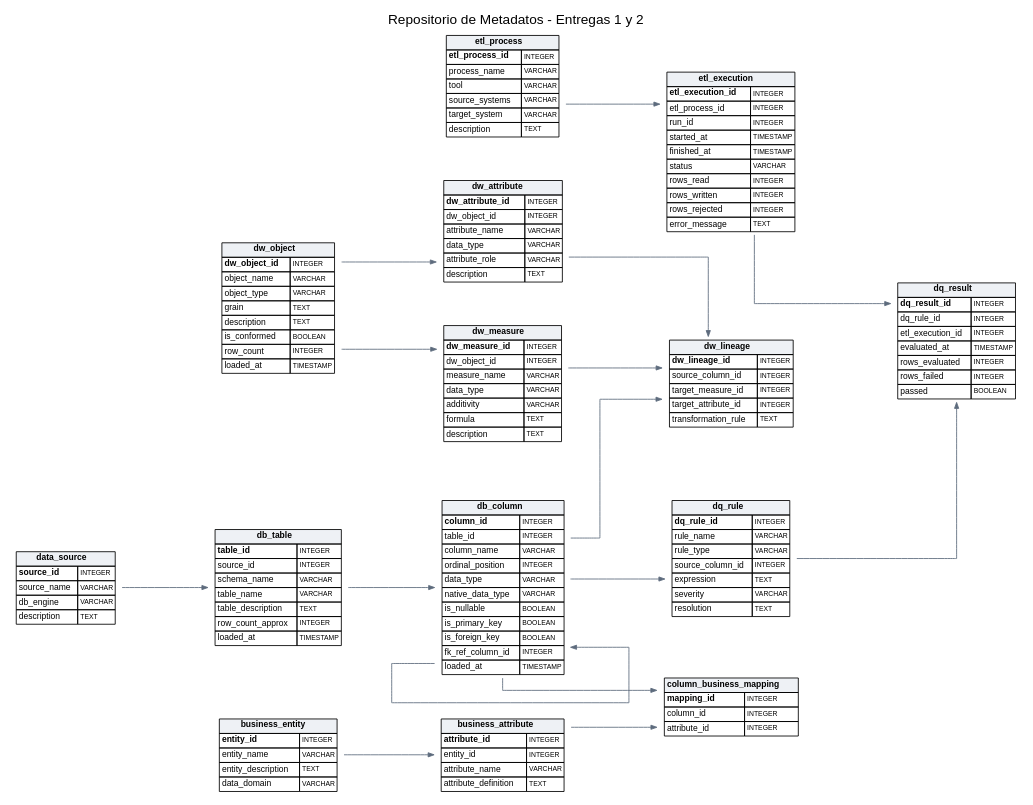
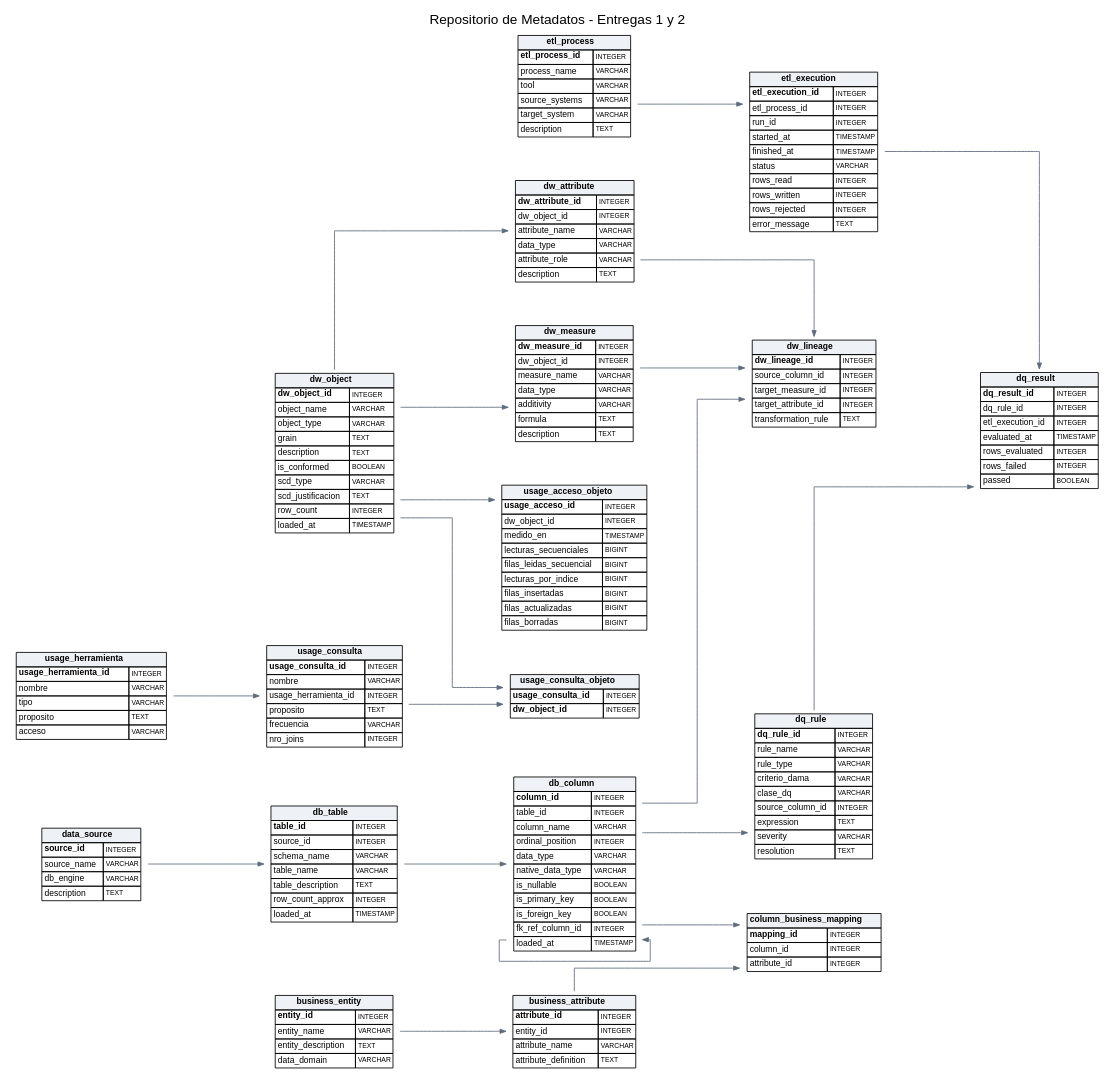
Before and after one commit to salo368/proyecto-modelos-datos: the diagram in docs/Entrega_2/img/repositorio_metadatos.dot, drawn with Graphviz. The commit also changed 17 other files, not shown here.

```diff
--- a/docs/Entrega_2/img/repositorio_metadatos.dot
+++ b/docs/Entrega_2/img/repositorio_metadatos.dot
@@ -9,13 +9,17 @@
     db_column [label=<<TABLE BORDER="0" CELLBORDER="1" CELLSPACING="0"><TR><TD COLSPAN="2" BGCOLOR="#eef1f5"><B>db_column</B></TD></TR><TR><TD ALIGN="LEFT"><B>column_id</B></TD><TD ALIGN="LEFT"><FONT POINT-SIZE="8">INTEGER</FONT></TD></TR><TR><TD ALIGN="LEFT">table_id</TD><TD ALIGN="LEFT"><FONT POINT-SIZE="8">INTEGER</FONT></TD></TR><TR><TD ALIGN="LEFT">column_name</TD><TD ALIGN="LEFT"><FONT POINT-SIZE="8">VARCHAR</FONT></TD></TR><TR><TD ALIGN="LEFT">ordinal_position</TD><TD ALIGN="LEFT"><FONT POINT-SIZE="8">INTEGER</FONT></TD></TR><TR><TD ALIGN="LEFT">data_type</TD><TD ALIGN="LEFT"><FONT POINT-SIZE="8">VARCHAR</FONT></TD></TR><TR><TD ALIGN="LEFT">native_data_type</TD><TD ALIGN="LEFT"><FONT POINT-SIZE="8">VARCHAR</FONT></TD></TR><TR><TD ALIGN="LEFT">is_nullable</TD><TD ALIGN="LEFT"><FONT POINT-SIZE="8">BOOLEAN</FONT></TD></TR><TR><TD ALIGN="LEFT">is_primary_key</TD><TD ALIGN="LEFT"><FONT POINT-SIZE="8">BOOLEAN</FONT></TD></TR><TR><TD ALIGN="LEFT">is_foreign_key</TD><TD ALIGN="LEFT"><FONT POINT-SIZE="8">BOOLEAN</FONT></TD></TR><TR><TD ALIGN="LEFT">fk_ref_column_id</TD><TD ALIGN="LEFT"><FONT POINT-SIZE="8">INTEGER</FONT></TD></TR><TR><TD ALIGN="LEFT">loaded_at</TD><TD ALIGN="LEFT"><FONT POINT-SIZE="8">TIMESTAMP</FONT></TD></TR></TABLE>>];
     db_table [label=<<TABLE BORDER="0" CELLBORDER="1" CELLSPACING="0"><TR><TD COLSPAN="2" BGCOLOR="#eef1f5"><B>db_table</B></TD></TR><TR><TD ALIGN="LEFT"><B>table_id</B></TD><TD ALIGN="LEFT"><FONT POINT-SIZE="8">INTEGER</FONT></TD></TR><TR><TD ALIGN="LEFT">source_id</TD><TD ALIGN="LEFT"><FONT POINT-SIZE="8">INTEGER</FONT></TD></TR><TR><TD ALIGN="LEFT">schema_name</TD><TD ALIGN="LEFT"><FONT POINT-SIZE="8">VARCHAR</FONT></TD></TR><TR><TD ALIGN="LEFT">table_name</TD><TD ALIGN="LEFT"><FONT POINT-SIZE="8">VARCHAR</FONT></TD></TR><TR><TD ALIGN="LEFT">table_description</TD><TD ALIGN="LEFT"><FONT POINT-SIZE="8">TEXT</FONT></TD></TR><TR><TD ALIGN="LEFT">row_count_approx</TD><TD ALIGN="LEFT"><FONT POINT-SIZE="8">INTEGER</FONT></TD></TR><TR><TD ALIGN="LEFT">loaded_at</TD><TD ALIGN="LEFT"><FONT POINT-SIZE="8">TIMESTAMP</FONT></TD></TR></TABLE>>];
     dq_result [label=<<TABLE BORDER="0" CELLBORDER="1" CELLSPACING="0"><TR><TD COLSPAN="2" BGCOLOR="#eef1f5"><B>dq_result</B></TD></TR><TR><TD ALIGN="LEFT"><B>dq_result_id</B></TD><TD ALIGN="LEFT"><FONT POINT-SIZE="8">INTEGER</FONT></TD></TR><TR><TD ALIGN="LEFT">dq_rule_id</TD><TD ALIGN="LEFT"><FONT POINT-SIZE="8">INTEGER</FONT></TD></TR><TR><TD ALIGN="LEFT">etl_execution_id</TD><TD ALIGN="LEFT"><FONT POINT-SIZE="8">INTEGER</FONT></TD></TR><TR><TD ALIGN="LEFT">evaluated_at</TD><TD ALIGN="LEFT"><FONT POINT-SIZE="8">TIMESTAMP</FONT></TD></TR><TR><TD ALIGN="LEFT">rows_evaluated</TD><TD ALIGN="LEFT"><FONT POINT-SIZE="8">INTEGER</FONT></TD></TR><TR><TD ALIGN="LEFT">rows_failed</TD><TD ALIGN="LEFT"><FONT POINT-SIZE="8">INTEGER</FONT></TD></TR><TR><TD ALIGN="LEFT">passed</TD><TD ALIGN="LEFT"><FONT POINT-SIZE="8">BOOLEAN</FONT></TD></TR></TABLE>>];
-    dq_rule [label=<<TABLE BORDER="0" CELLBORDER="1" CELLSPACING="0"><TR><TD COLSPAN="2" BGCOLOR="#eef1f5"><B>dq_rule</B></TD></TR><TR><TD ALIGN="LEFT"><B>dq_rule_id</B></TD><TD ALIGN="LEFT"><FONT POINT-SIZE="8">INTEGER</FONT></TD></TR><TR><TD ALIGN="LEFT">rule_name</TD><TD ALIGN="LEFT"><FONT POINT-SIZE="8">VARCHAR</FONT></TD></TR><TR><TD ALIGN="LEFT">rule_type</TD><TD ALIGN="LEFT"><FONT POINT-SIZE="8">VARCHAR</FONT></TD></TR><TR><TD ALIGN="LEFT">source_column_id</TD><TD ALIGN="LEFT"><FONT POINT-SIZE="8">INTEGER</FONT></TD></TR><TR><TD ALIGN="LEFT">expression</TD><TD ALIGN="LEFT"><FONT POINT-SIZE="8">TEXT</FONT></TD></TR><TR><TD ALIGN="LEFT">severity</TD><TD ALIGN="LEFT"><FONT POINT-SIZE="8">VARCHAR</FONT></TD></TR><TR><TD ALIGN="LEFT">resolution</TD><TD ALIGN="LEFT"><FONT POINT-SIZE="8">TEXT</FONT></TD></TR></TABLE>>];
+    dq_rule [label=<<TABLE BORDER="0" CELLBORDER="1" CELLSPACING="0"><TR><TD COLSPAN="2" BGCOLOR="#eef1f5"><B>dq_rule</B></TD></TR><TR><TD ALIGN="LEFT"><B>dq_rule_id</B></TD><TD ALIGN="LEFT"><FONT POINT-SIZE="8">INTEGER</FONT></TD></TR><TR><TD ALIGN="LEFT">rule_name</TD><TD ALIGN="LEFT"><FONT POINT-SIZE="8">VARCHAR</FONT></TD></TR><TR><TD ALIGN="LEFT">rule_type</TD><TD ALIGN="LEFT"><FONT POINT-SIZE="8">VARCHAR</FONT></TD></TR><TR><TD ALIGN="LEFT">criterio_dama</TD><TD ALIGN="LEFT"><FONT POINT-SIZE="8">VARCHAR</FONT></TD></TR><TR><TD ALIGN="LEFT">clase_dq</TD><TD ALIGN="LEFT"><FONT POINT-SIZE="8">VARCHAR</FONT></TD></TR><TR><TD ALIGN="LEFT">source_column_id</TD><TD ALIGN="LEFT"><FONT POINT-SIZE="8">INTEGER</FONT></TD></TR><TR><TD ALIGN="LEFT">expression</TD><TD ALIGN="LEFT"><FONT POINT-SIZE="8">TEXT</FONT></TD></TR><TR><TD ALIGN="LEFT">severity</TD><TD ALIGN="LEFT"><FONT POINT-SIZE="8">VARCHAR</FONT></TD></TR><TR><TD ALIGN="LEFT">resolution</TD><TD ALIGN="LEFT"><FONT POINT-SIZE="8">TEXT</FONT></TD></TR></TABLE>>];
     dw_attribute [label=<<TABLE BORDER="0" CELLBORDER="1" CELLSPACING="0"><TR><TD COLSPAN="2" BGCOLOR="#eef1f5"><B>dw_attribute</B></TD></TR><TR><TD ALIGN="LEFT"><B>dw_attribute_id</B></TD><TD ALIGN="LEFT"><FONT POINT-SIZE="8">INTEGER</FONT></TD></TR><TR><TD ALIGN="LEFT">dw_object_id</TD><TD ALIGN="LEFT"><FONT POINT-SIZE="8">INTEGER</FONT></TD></TR><TR><TD ALIGN="LEFT">attribute_name</TD><TD ALIGN="LEFT"><FONT POINT-SIZE="8">VARCHAR</FONT></TD></TR><TR><TD ALIGN="LEFT">data_type</TD><TD ALIGN="LEFT"><FONT POINT-SIZE="8">VARCHAR</FONT></TD></TR><TR><TD ALIGN="LEFT">attribute_role</TD><TD ALIGN="LEFT"><FONT POINT-SIZE="8">VARCHAR</FONT></TD></TR><TR><TD ALIGN="LEFT">description</TD><TD ALIGN="LEFT"><FONT POINT-SIZE="8">TEXT</FONT></TD></TR></TABLE>>];
     dw_lineage [label=<<TABLE BORDER="0" CELLBORDER="1" CELLSPACING="0"><TR><TD COLSPAN="2" BGCOLOR="#eef1f5"><B>dw_lineage</B></TD></TR><TR><TD ALIGN="LEFT"><B>dw_lineage_id</B></TD><TD ALIGN="LEFT"><FONT POINT-SIZE="8">INTEGER</FONT></TD></TR><TR><TD ALIGN="LEFT">source_column_id</TD><TD ALIGN="LEFT"><FONT POINT-SIZE="8">INTEGER</FONT></TD></TR><TR><TD ALIGN="LEFT">target_measure_id</TD><TD ALIGN="LEFT"><FONT POINT-SIZE="8">INTEGER</FONT></TD></TR><TR><TD ALIGN="LEFT">target_attribute_id</TD><TD ALIGN="LEFT"><FONT POINT-SIZE="8">INTEGER</FONT></TD></TR><TR><TD ALIGN="LEFT">transformation_rule</TD><TD ALIGN="LEFT"><FONT POINT-SIZE="8">TEXT</FONT></TD></TR></TABLE>>];
     dw_measure [label=<<TABLE BORDER="0" CELLBORDER="1" CELLSPACING="0"><TR><TD COLSPAN="2" BGCOLOR="#eef1f5"><B>dw_measure</B></TD></TR><TR><TD ALIGN="LEFT"><B>dw_measure_id</B></TD><TD ALIGN="LEFT"><FONT POINT-SIZE="8">INTEGER</FONT></TD></TR><TR><TD ALIGN="LEFT">dw_object_id</TD><TD ALIGN="LEFT"><FONT POINT-SIZE="8">INTEGER</FONT></TD></TR><TR><TD ALIGN="LEFT">measure_name</TD><TD ALIGN="LEFT"><FONT POINT-SIZE="8">VARCHAR</FONT></TD></TR><TR><TD ALIGN="LEFT">data_type</TD><TD ALIGN="LEFT"><FONT POINT-SIZE="8">VARCHAR</FONT></TD></TR><TR><TD ALIGN="LEFT">additivity</TD><TD ALIGN="LEFT"><FONT POINT-SIZE="8">VARCHAR</FONT></TD></TR><TR><TD ALIGN="LEFT">formula</TD><TD ALIGN="LEFT"><FONT POINT-SIZE="8">TEXT</FONT></TD></TR><TR><TD ALIGN="LEFT">description</TD><TD ALIGN="LEFT"><FONT POINT-SIZE="8">TEXT</FONT></TD></TR></TABLE>>];
-    dw_object [label=<<TABLE BORDER="0" CELLBORDER="1" CELLSPACING="0"><TR><TD COLSPAN="2" BGCOLOR="#eef1f5"><B>dw_object</B></TD></TR><TR><TD ALIGN="LEFT"><B>dw_object_id</B></TD><TD ALIGN="LEFT"><FONT POINT-SIZE="8">INTEGER</FONT></TD></TR><TR><TD ALIGN="LEFT">object_name</TD><TD ALIGN="LEFT"><FONT POINT-SIZE="8">VARCHAR</FONT></TD></TR><TR><TD ALIGN="LEFT">object_type</TD><TD ALIGN="LEFT"><FONT POINT-SIZE="8">VARCHAR</FONT></TD></TR><TR><TD ALIGN="LEFT">grain</TD><TD ALIGN="LEFT"><FONT POINT-SIZE="8">TEXT</FONT></TD></TR><TR><TD ALIGN="LEFT">description</TD><TD ALIGN="LEFT"><FONT POINT-SIZE="8">TEXT</FONT></TD></TR><TR><TD ALIGN="LEFT">is_conformed</TD><TD ALIGN="LEFT"><FONT POINT-SIZE="8">BOOLEAN</FONT></TD></TR><TR><TD ALIGN="LEFT">row_count</TD><TD ALIGN="LEFT"><FONT POINT-SIZE="8">INTEGER</FONT></TD></TR><TR><TD ALIGN="LEFT">loaded_at</TD><TD ALIGN="LEFT"><FONT POINT-SIZE="8">TIMESTAMP</FONT></TD></TR></TABLE>>];
+    dw_object [label=<<TABLE BORDER="0" CELLBORDER="1" CELLSPACING="0"><TR><TD COLSPAN="2" BGCOLOR="#eef1f5"><B>dw_object</B></TD></TR><TR><TD ALIGN="LEFT"><B>dw_object_id</B></TD><TD ALIGN="LEFT"><FONT POINT-SIZE="8">INTEGER</FONT></TD></TR><TR><TD ALIGN="LEFT">object_name</TD><TD ALIGN="LEFT"><FONT POINT-SIZE="8">VARCHAR</FONT></TD></TR><TR><TD ALIGN="LEFT">object_type</TD><TD ALIGN="LEFT"><FONT POINT-SIZE="8">VARCHAR</FONT></TD></TR><TR><TD ALIGN="LEFT">grain</TD><TD ALIGN="LEFT"><FONT POINT-SIZE="8">TEXT</FONT></TD></TR><TR><TD ALIGN="LEFT">description</TD><TD ALIGN="LEFT"><FONT POINT-SIZE="8">TEXT</FONT></TD></TR><TR><TD ALIGN="LEFT">is_conformed</TD><TD ALIGN="LEFT"><FONT POINT-SIZE="8">BOOLEAN</FONT></TD></TR><TR><TD ALIGN="LEFT">scd_type</TD><TD ALIGN="LEFT"><FONT POINT-SIZE="8">VARCHAR</FONT></TD></TR><TR><TD ALIGN="LEFT">scd_justificacion</TD><TD ALIGN="LEFT"><FONT POINT-SIZE="8">TEXT</FONT></TD></TR><TR><TD ALIGN="LEFT">row_count</TD><TD ALIGN="LEFT"><FONT POINT-SIZE="8">INTEGER</FONT></TD></TR><TR><TD ALIGN="LEFT">loaded_at</TD><TD ALIGN="LEFT"><FONT POINT-SIZE="8">TIMESTAMP</FONT></TD></TR></TABLE>>];
     etl_execution [label=<<TABLE BORDER="0" CELLBORDER="1" CELLSPACING="0"><TR><TD COLSPAN="2" BGCOLOR="#eef1f5"><B>etl_execution</B></TD></TR><TR><TD ALIGN="LEFT"><B>etl_execution_id</B></TD><TD ALIGN="LEFT"><FONT POINT-SIZE="8">INTEGER</FONT></TD></TR><TR><TD ALIGN="LEFT">etl_process_id</TD><TD ALIGN="LEFT"><FONT POINT-SIZE="8">INTEGER</FONT></TD></TR><TR><TD ALIGN="LEFT">run_id</TD><TD ALIGN="LEFT"><FONT POINT-SIZE="8">INTEGER</FONT></TD></TR><TR><TD ALIGN="LEFT">started_at</TD><TD ALIGN="LEFT"><FONT POINT-SIZE="8">TIMESTAMP</FONT></TD></TR><TR><TD ALIGN="LEFT">finished_at</TD><TD ALIGN="LEFT"><FONT POINT-SIZE="8">TIMESTAMP</FONT></TD></TR><TR><TD ALIGN="LEFT">status</TD><TD ALIGN="LEFT"><FONT POINT-SIZE="8">VARCHAR</FONT></TD></TR><TR><TD ALIGN="LEFT">rows_read</TD><TD ALIGN="LEFT"><FONT POINT-SIZE="8">INTEGER</FONT></TD></TR><TR><TD ALIGN="LEFT">rows_written</TD><TD ALIGN="LEFT"><FONT POINT-SIZE="8">INTEGER</FONT></TD></TR><TR><TD ALIGN="LEFT">rows_rejected</TD><TD ALIGN="LEFT"><FONT POINT-SIZE="8">INTEGER</FONT></TD></TR><TR><TD ALIGN="LEFT">error_message</TD><TD ALIGN="LEFT"><FONT POINT-SIZE="8">TEXT</FONT></TD></TR></TABLE>>];
     etl_process [label=<<TABLE BORDER="0" CELLBORDER="1" CELLSPACING="0"><TR><TD COLSPAN="2" BGCOLOR="#eef1f5"><B>etl_process</B></TD></TR><TR><TD ALIGN="LEFT"><B>etl_process_id</B></TD><TD ALIGN="LEFT"><FONT POINT-SIZE="8">INTEGER</FONT></TD></TR><TR><TD ALIGN="LEFT">process_name</TD><TD ALIGN="LEFT"><FONT POINT-SIZE="8">VARCHAR</FONT></TD></TR><TR><TD ALIGN="LEFT">tool</TD><TD ALIGN="LEFT"><FONT POINT-SIZE="8">VARCHAR</FONT></TD></TR><TR><TD ALIGN="LEFT">source_systems</TD><TD ALIGN="LEFT"><FONT POINT-SIZE="8">VARCHAR</FONT></TD></TR><TR><TD ALIGN="LEFT">target_system</TD><TD ALIGN="LEFT"><FONT POINT-SIZE="8">VARCHAR</FONT></TD></TR><TR><TD ALIGN="LEFT">description</TD><TD ALIGN="LEFT"><FONT POINT-SIZE="8">TEXT</FONT></TD></TR></TABLE>>];
+    usage_acceso_objeto [label=<<TABLE BORDER="0" CELLBORDER="1" CELLSPACING="0"><TR><TD COLSPAN="2" BGCOLOR="#eef1f5"><B>usage_acceso_objeto</B></TD></TR><TR><TD ALIGN="LEFT"><B>usage_acceso_id</B></TD><TD ALIGN="LEFT"><FONT POINT-SIZE="8">INTEGER</FONT></TD></TR><TR><TD ALIGN="LEFT">dw_object_id</TD><TD ALIGN="LEFT"><FONT POINT-SIZE="8">INTEGER</FONT></TD></TR><TR><TD ALIGN="LEFT">medido_en</TD><TD ALIGN="LEFT"><FONT POINT-SIZE="8">TIMESTAMP</FONT></TD></TR><TR><TD ALIGN="LEFT">lecturas_secuenciales</TD><TD ALIGN="LEFT"><FONT POINT-SIZE="8">BIGINT</FONT></TD></TR><TR><TD ALIGN="LEFT">filas_leidas_secuencial</TD><TD ALIGN="LEFT"><FONT POINT-SIZE="8">BIGINT</FONT></TD></TR><TR><TD ALIGN="LEFT">lecturas_por_indice</TD><TD ALIGN="LEFT"><FONT POINT-SIZE="8">BIGINT</FONT></TD></TR><TR><TD ALIGN="LEFT">filas_insertadas</TD><TD ALIGN="LEFT"><FONT POINT-SIZE="8">BIGINT</FONT></TD></TR><TR><TD ALIGN="LEFT">filas_actualizadas</TD><TD ALIGN="LEFT"><FONT POINT-SIZE="8">BIGINT</FONT></TD></TR><TR><TD ALIGN="LEFT">filas_borradas</TD><TD ALIGN="LEFT"><FONT POINT-SIZE="8">BIGINT</FONT></TD></TR></TABLE>>];
+    usage_consulta [label=<<TABLE BORDER="0" CELLBORDER="1" CELLSPACING="0"><TR><TD COLSPAN="2" BGCOLOR="#eef1f5"><B>usage_consulta</B></TD></TR><TR><TD ALIGN="LEFT"><B>usage_consulta_id</B></TD><TD ALIGN="LEFT"><FONT POINT-SIZE="8">INTEGER</FONT></TD></TR><TR><TD ALIGN="LEFT">nombre</TD><TD ALIGN="LEFT"><FONT POINT-SIZE="8">VARCHAR</FONT></TD></TR><TR><TD ALIGN="LEFT">usage_herramienta_id</TD><TD ALIGN="LEFT"><FONT POINT-SIZE="8">INTEGER</FONT></TD></TR><TR><TD ALIGN="LEFT">proposito</TD><TD ALIGN="LEFT"><FONT POINT-SIZE="8">TEXT</FONT></TD></TR><TR><TD ALIGN="LEFT">frecuencia</TD><TD ALIGN="LEFT"><FONT POINT-SIZE="8">VARCHAR</FONT></TD></TR><TR><TD ALIGN="LEFT">nro_joins</TD><TD ALIGN="LEFT"><FONT POINT-SIZE="8">INTEGER</FONT></TD></TR></TABLE>>];
+    usage_consulta_objeto [label=<<TABLE BORDER="0" CELLBORDER="1" CELLSPACING="0"><TR><TD COLSPAN="2" BGCOLOR="#eef1f5"><B>usage_consulta_objeto</B></TD></TR><TR><TD ALIGN="LEFT"><B>usage_consulta_id</B></TD><TD ALIGN="LEFT"><FONT POINT-SIZE="8">INTEGER</FONT></TD></TR><TR><TD ALIGN="LEFT"><B>dw_object_id</B></TD><TD ALIGN="LEFT"><FONT POINT-SIZE="8">INTEGER</FONT></TD></TR></TABLE>>];
+    usage_herramienta [label=<<TABLE BORDER="0" CELLBORDER="1" CELLSPACING="0"><TR><TD COLSPAN="2" BGCOLOR="#eef1f5"><B>usage_herramienta</B></TD></TR><TR><TD ALIGN="LEFT"><B>usage_herramienta_id</B></TD><TD ALIGN="LEFT"><FONT POINT-SIZE="8">INTEGER</FONT></TD></TR><TR><TD ALIGN="LEFT">nombre</TD><TD ALIGN="LEFT"><FONT POINT-SIZE="8">VARCHAR</FONT></TD></TR><TR><TD ALIGN="LEFT">tipo</TD><TD ALIGN="LEFT"><FONT POINT-SIZE="8">VARCHAR</FONT></TD></TR><TR><TD ALIGN="LEFT">proposito</TD><TD ALIGN="LEFT"><FONT POINT-SIZE="8">TEXT</FONT></TD></TR><TR><TD ALIGN="LEFT">acceso</TD><TD ALIGN="LEFT"><FONT POINT-SIZE="8">VARCHAR</FONT></TD></TR></TABLE>>];
     business_entity -> business_attribute;
     business_attribute -> column_business_mapping;
     db_column -> column_business_mapping;
@@ -31,4 +35,8 @@
     dw_measure -> dw_lineage;
     dw_object -> dw_measure;
     etl_process -> etl_execution;
+    dw_object -> usage_acceso_objeto;
+    usage_herramienta -> usage_consulta;
+    dw_object -> usage_consulta_objeto;
+    usage_consulta -> usage_consulta_objeto;
 }
```
